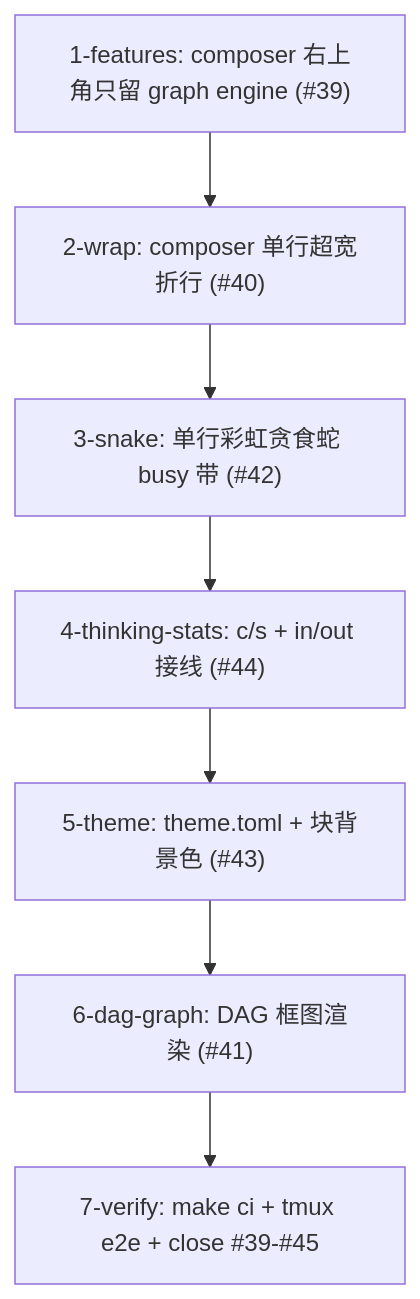
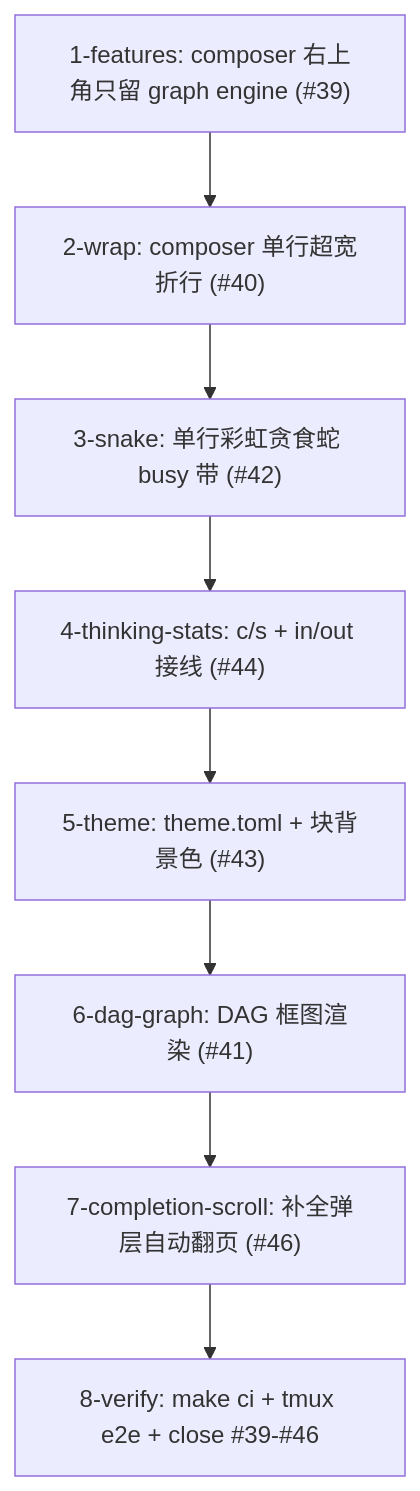
Before and after one commit to ptlzc/theway: the diagram in openspec/changes/tui-batch-polish/tasks.md, drawn with Mermaid. The commit also changed other lines of this file and 1 other file, not shown here.

Commit message:
docs(#46): tui-batch-polish 增补补全弹层自动翻页（第 7 节点，verify 顺延为 8）

````diff
--- a/openspec/changes/tui-batch-polish/tasks.md
+++ b/openspec/changes/tui-batch-polish/tasks.md
@@ -3,9 +3,10 @@
 ```mermaid
 graph TD
   A["1-features: composer 右上角只留 graph engine (#39)"] --> B["2-wrap: composer 单行超宽折行 (#40)"]
   B --> C["3-snake: 单行彩虹贪食蛇 busy 带 (#42)"]
   C --> D["4-thinking-stats: c/s + in/out 接线 (#44)"]
   D --> E["5-theme: theme.toml + 块背景色 (#43)"]
   E --> F["6-dag-graph: DAG 框图渲染 (#41)"]
-  F --> G["7-verify: make ci + tmux e2e + close #39-#45"]
+  F --> G["7-completion-scroll: 补全弹层自动翻页 (#46)"]
+  G --> H["8-verify: make ci + tmux e2e + close #39-#46"]
 ```
````
